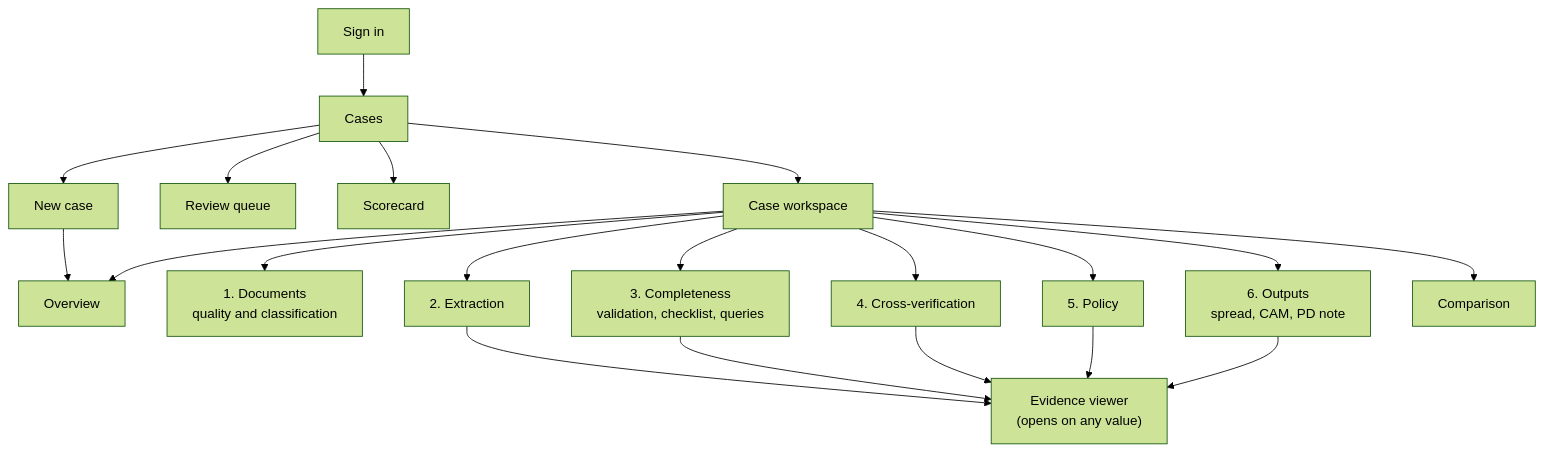
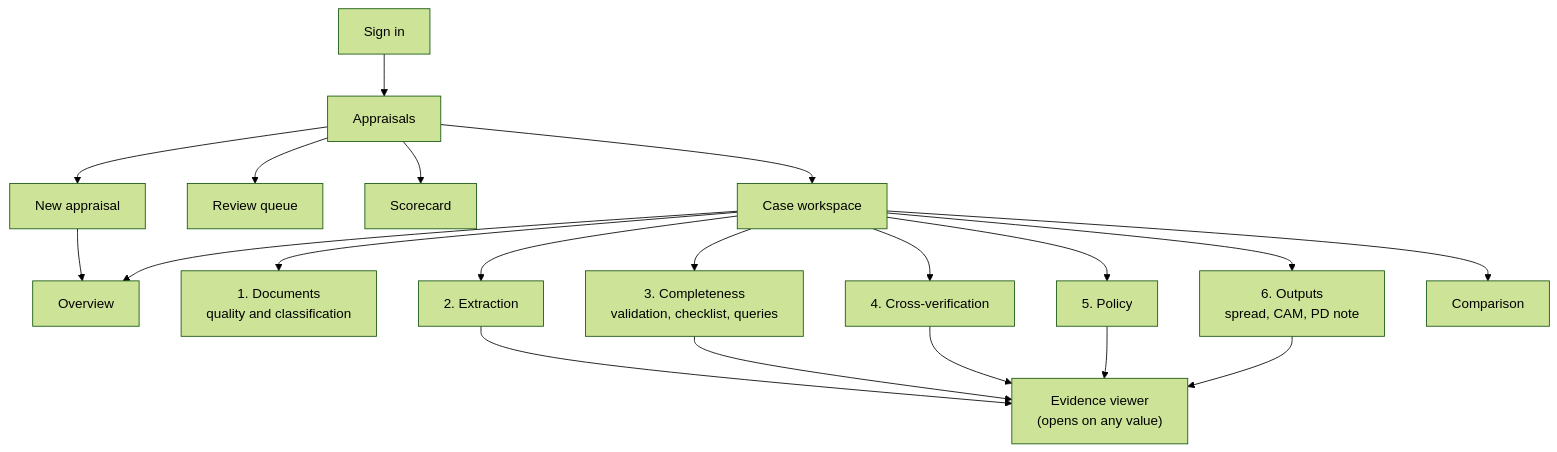
The second of 12 diagrams in docs/functional-requirements.md (kunal-s/creditiq-poc), drawn with Mermaid (forest theme) before and after one commit. The commit also changed other lines of this file and 37 other files, not shown here.

````diff
--- a/docs/functional-requirements.md
+++ b/docs/functional-requirements.md
@@ -202,22 +202,22 @@
 ```mermaid
 flowchart TB
-  SI["Sign in"] --> CL["Cases"]
-  CL --> NC["New case"]
+  SI["Sign in"] --> CL["Appraisals"]
+  CL --> NC["New appraisal"]
   CL --> RQ["Review queue"]
   CL --> SC["Scorecard"]
   NC --> OV
   CL --> CW["Case workspace"]
   CW --> OV["Overview"]
   CW --> T1["1. Documents<br/>quality and classification"]
   CW --> T2["2. Extraction"]
   CW --> T3["3. Completeness<br/>validation, checklist, queries"]
   CW --> T4["4. Cross-verification"]
   CW --> T5["5. Policy"]
   CW --> T6["6. Outputs<br/>spread, CAM, PD note"]
   CW --> CM["Comparison"]
   T2 --> EV["Evidence viewer<br/>(opens on any value)"]
   T3 --> EV
   T4 --> EV
   T5 --> EV
   T6 --> EV
 ```
````
